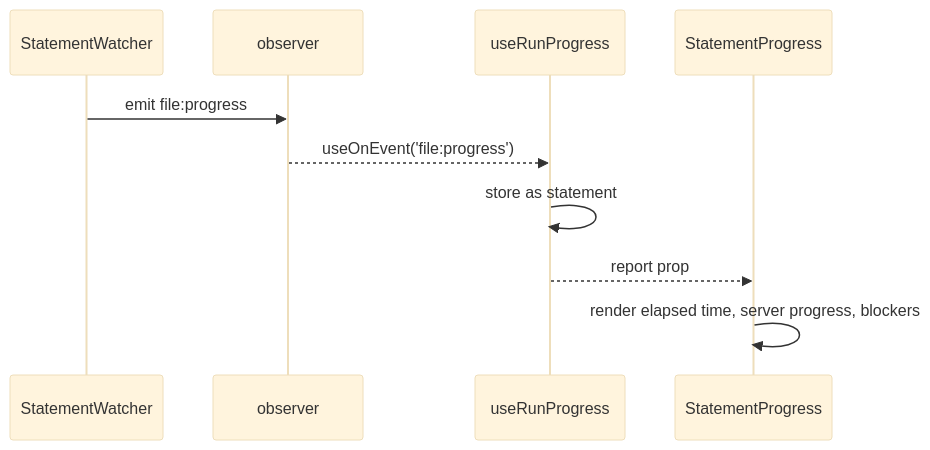
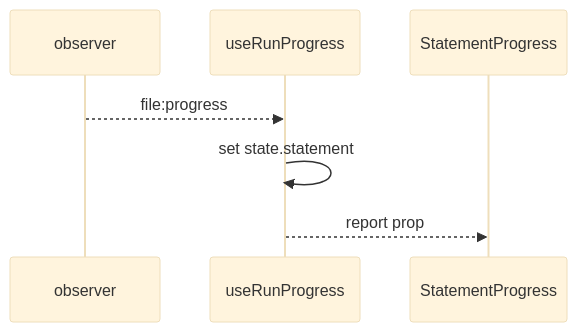
Before and after one commit to noormdev/noorm: the third of 10 diagrams in docs/wiki/tui.md, drawn with Mermaid (base theme). The commit also changed other lines of this file and 557 other files, not shown here.

````diff
--- a/docs/wiki/tui.md
+++ b/docs/wiki/tui.md
@@ -46,13 +90,10 @@
 ```mermaid
 sequenceDiagram
-    participant Watcher as StatementWatcher
+    %% source: src/tui/hooks/useRunProgress.ts, src/tui/hooks/useChangeProgress.ts, src/tui/components/status/StatementProgress.tsx
     participant Observer as observer
     participant Hook as useRunProgress
     participant UI as StatementProgress
-
-    Watcher->>Observer: emit file:progress
-    Observer-->>Hook: useOnEvent('file:progress')
-    Hook->>Hook: store as statement
+    Observer-->>Hook: file:progress
+    Hook->>Hook: set state.statement
     Hook-->>UI: report prop
-    UI->>UI: render elapsed time, server progress, blockers
 ```
````
